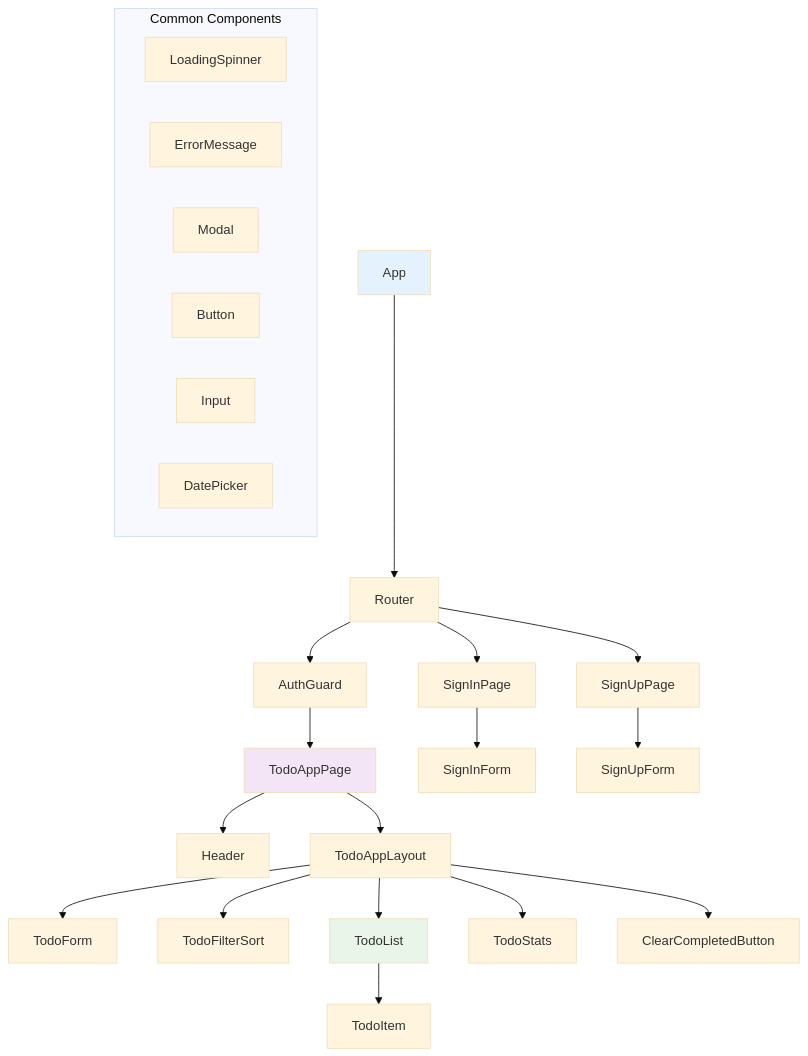
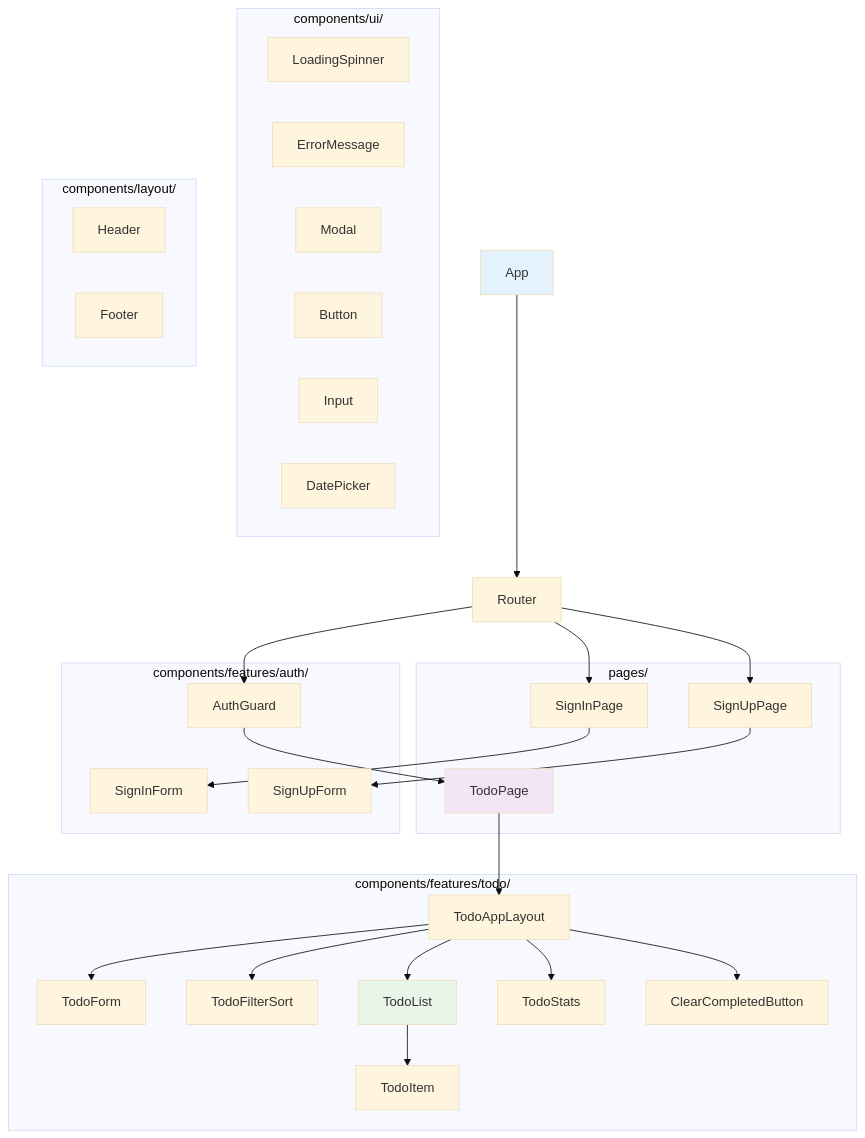
The fifth of 14 diagrams in react/Todo/詳細設計書.md (shiftplus-corp-homan-keisuke/frontend), drawn with Mermaid (base theme) before and after one commit. The commit also changed other lines of this file and 134 other files, not shown here.

````diff
--- a/react/Todo/詳細設計書.md
+++ b/react/Todo/詳細設計書.md
@@ -343,36 +343,62 @@
 ```mermaid
 graph TD
     A[App] --> B[Router]
     B --> C[AuthGuard]
-    C --> D[TodoAppPage]
+    C --> D[TodoPage]
 
-    D --> E[Header]
-    D --> F[TodoAppLayout]
+    D --> E[TodoAppLayout]
 
-    F --> G[TodoForm]
-    F --> H[TodoFilterSort]
-    F --> I[TodoList]
-    F --> J[TodoStats]
-    F --> K[ClearCompletedButton]
+    E --> F[TodoForm]
+    E --> G[TodoFilterSort]
+    E --> H[TodoList]
+    E --> I[TodoStats]
+    E --> J[ClearCompletedButton]
 
-    I --> L[TodoItem]
+    H --> K[TodoItem]
 
-    B --> M[SignInPage]
-    B --> N[SignUpPage]
+    B --> L[SignInPage]
+    B --> M[SignUpPage]
 
-    M --> O[SignInForm]
-    N --> P[SignUpForm]
+    L --> N[SignInForm]
+    M --> O[SignUpForm]
 
-    subgraph "Common Components"
-        Q[LoadingSpinner]
-        R[ErrorMessage]
-        S[Modal]
-        T[Button]
-        U[Input]
-        V[DatePicker]
+    subgraph "pages/"
+        D
+        L
+        M
+    end
+
+    subgraph "components/features/todo/"
+        E
+        F
+        G
+        H
+        I
+        J
+        K
+    end
+
+    subgraph "components/features/auth/"
+        C
+        N
+        O
+    end
+
+    subgraph "components/ui/"
+        P[LoadingSpinner]
+        Q[ErrorMessage]
+        R[Modal]
+        S[Button]
+        T[Input]
+        U[DatePicker]
+    end
+
+    subgraph "components/layout/"
+        V[Header]
+        W[Footer]
     end
 
     style A fill:#e3f2fd
     style D fill:#f3e5f5
-    style I fill:#e8f5e8
+    style H fill:#e8f5e8
 ```
````
